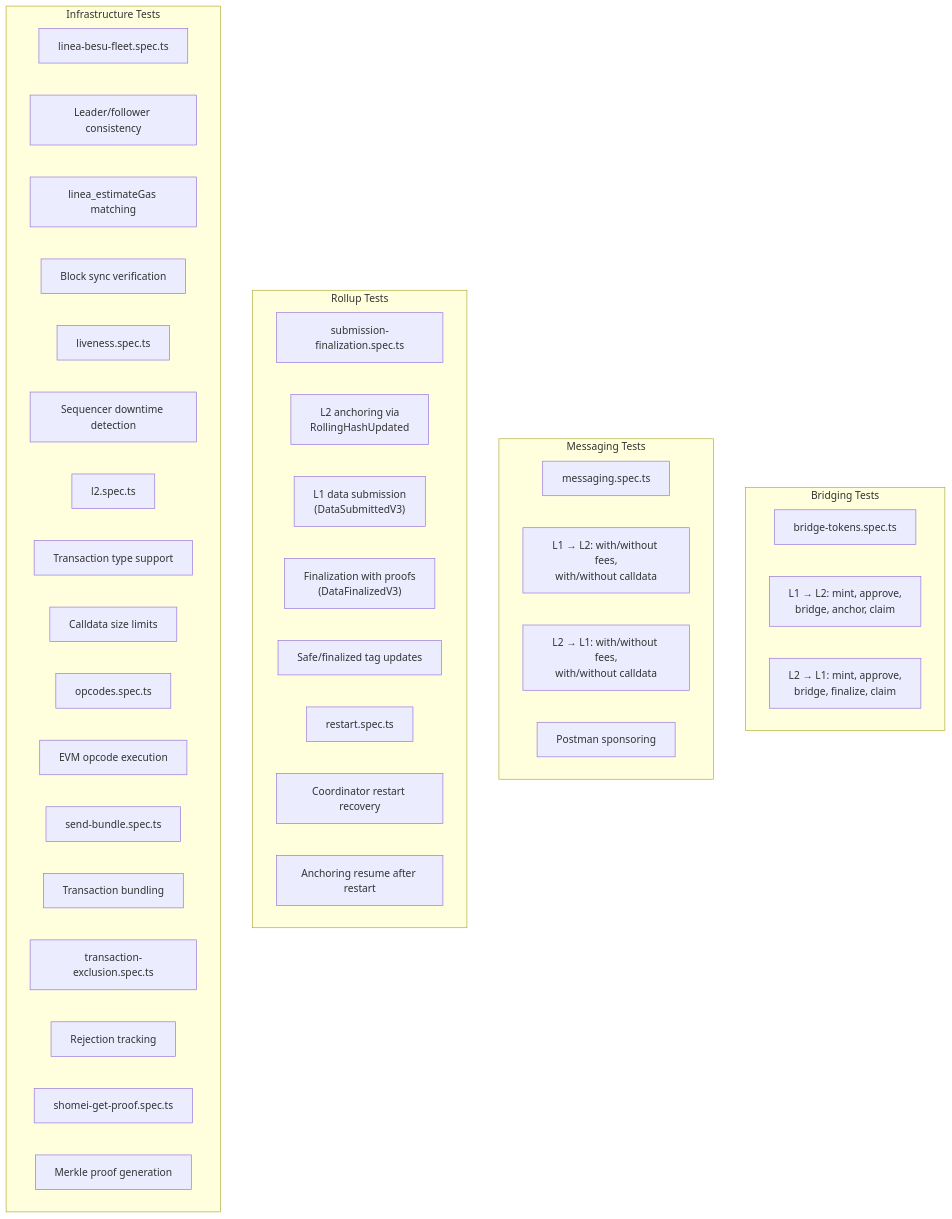
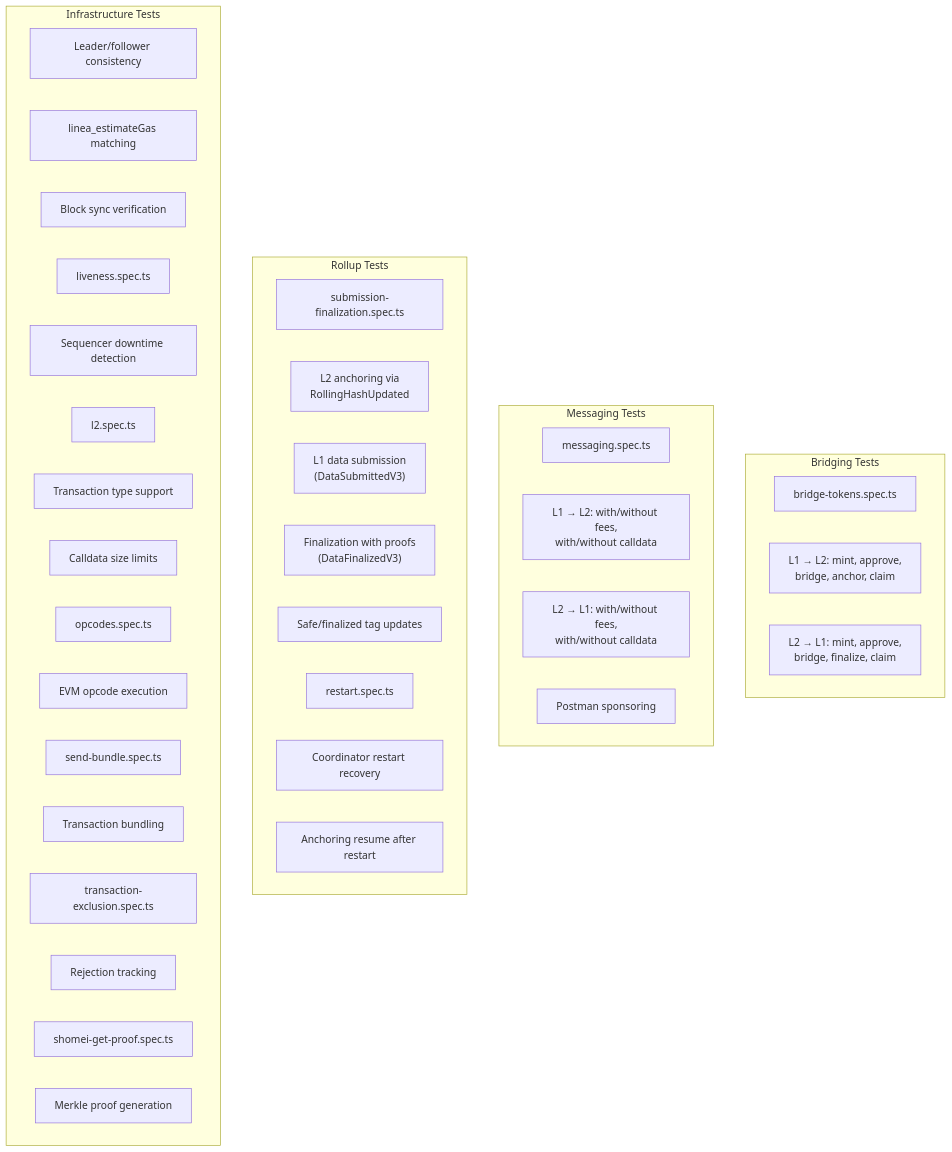
Before and after one commit to LFDT-Lineth/lineth-monorepo: the diagram in docs/tech/diagrams/e2e-test-coverage.mmd, drawn with Mermaid. The commit also changed 24 other files, not shown here.

Commit message:
chore(ci): removed besu fleet from all scripts, workflows, and README files

```diff
--- a/docs/tech/diagrams/e2e-test-coverage.mmd
+++ b/docs/tech/diagrams/e2e-test-coverage.mmd
@@ -1,52 +1,51 @@
 %% E2E Test Coverage
 flowchart TB
     subgraph Bridging["Bridging Tests"]
         BridgeTokens["bridge-tokens.spec.ts"]
         L1ToL2Bridge["L1 → L2: mint, approve,<br/>bridge, anchor, claim"]
         L2ToL1Bridge["L2 → L1: mint, approve,<br/>bridge, finalize, claim"]
     end
 
     subgraph Messaging["Messaging Tests"]
         MessagingSpec["messaging.spec.ts"]
         L1ToL2Msg["L1 → L2: with/without fees,<br/>with/without calldata"]
         L2ToL1Msg["L2 → L1: with/without fees,<br/>with/without calldata"]
         PostmanSponsoring["Postman sponsoring"]
     end
 
     subgraph Rollup["Rollup Tests"]
         SubmissionSpec["submission-finalization.spec.ts"]
         L2Anchoring["L2 anchoring via<br/>RollingHashUpdated"]
         L1DataSubmission["L1 data submission<br/>(DataSubmittedV3)"]
         Finalization["Finalization with proofs<br/>(DataFinalizedV3)"]
         SafeFinalized["Safe/finalized tag updates"]
         
         RestartSpec["restart.spec.ts"]
         CoordRestart["Coordinator restart recovery"]
         AnchoringResume["Anchoring resume after restart"]
     end
 
     subgraph Infrastructure["Infrastructure Tests"]
-        FleetSpec["linea-besu-fleet.spec.ts"]
         LeaderFollower["Leader/follower consistency"]
         EstimateGas["linea_estimateGas matching"]
         BlockSync["Block sync verification"]
         
         LivenessSpec["liveness.spec.ts"]
         SequencerDowntime["Sequencer downtime detection"]
         
         L2Spec["l2.spec.ts"]
         TxTypes["Transaction type support"]
         CalldataLimits["Calldata size limits"]
         
         OpcodesSpec["opcodes.spec.ts"]
         EVMOpcodes["EVM opcode execution"]
         
         BundleSpec["send-bundle.spec.ts"]
         TxBundling["Transaction bundling"]
         
         ExclusionSpec["transaction-exclusion.spec.ts"]
         RejectionTracking["Rejection tracking"]
         
         ShomeiSpec["shomei-get-proof.spec.ts"]
         MerkleProof["Merkle proof generation"]
     end
```
